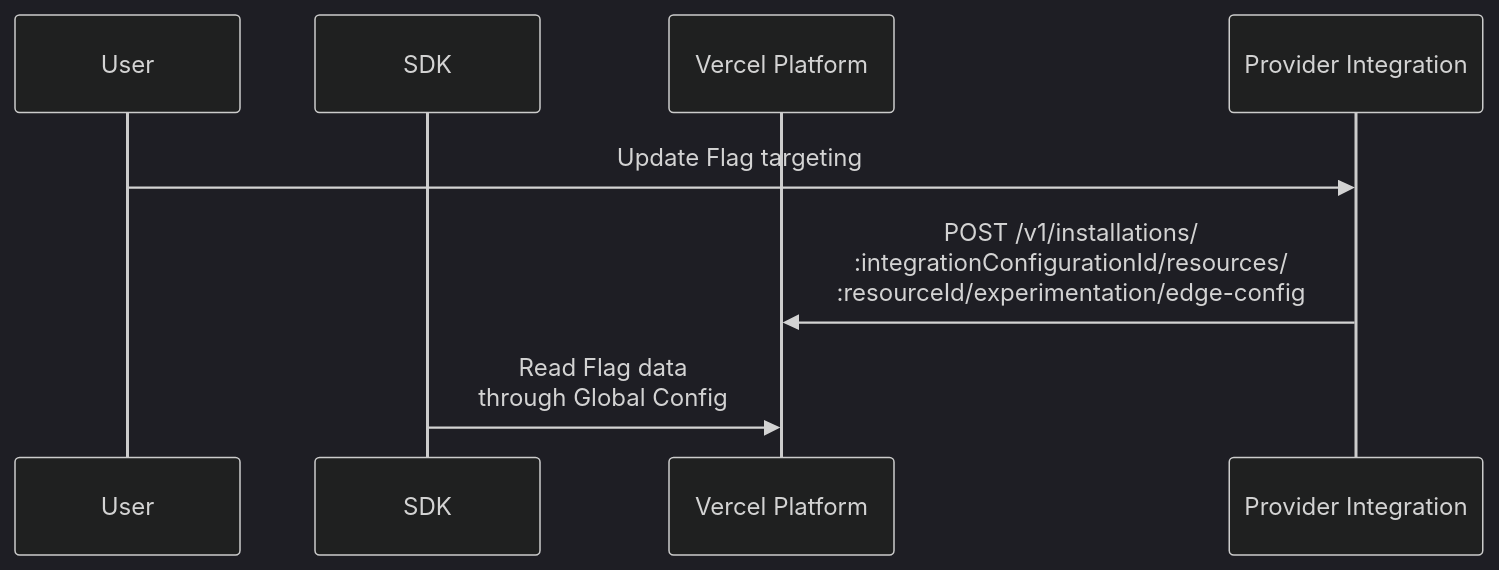
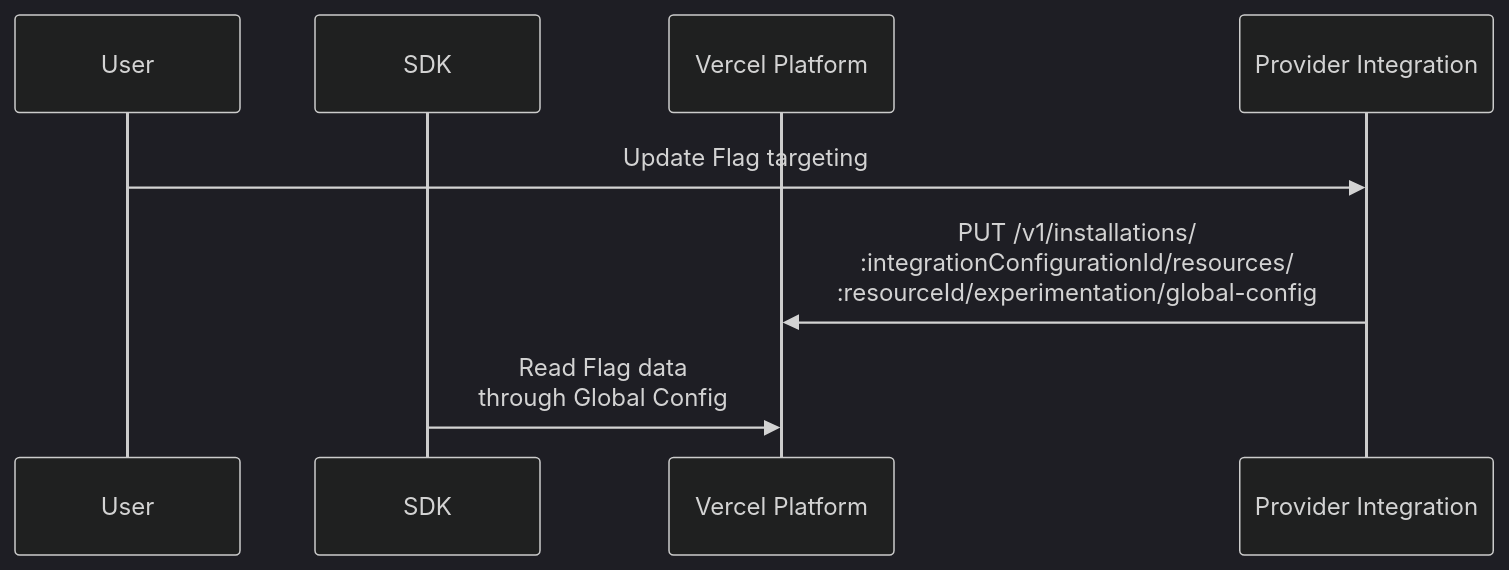
Diagram 11 of 14 in skills/working-with-vercel/references/docs__integrations__create-integration__marketplace-flows.md (joeblackwaslike/agent-skills), drawn with Mermaid (dark theme) before and after one commit. The commit also changed other lines of this file and 1294 other files, not shown here.

````diff
--- a/skills/working-with-vercel/references/docs__integrations__create-integration__marketplace-flows.md
+++ b/skills/working-with-vercel/references/docs__integrations__create-integration__marketplace-flows.md
@@ -347,10 +347,10 @@
 ```mermaid
 sequenceDiagram
     participant User
     participant SDK
     participant Vercel Platform
     participant Provider Integration
     User->>Provider Integration: Update Flag targeting
-    Provider Integration->>Vercel Platform: POST /v1/installations/<br>:integrationConfigurationId/resources/<br>:resourceId/experimentation/edge-config
+    Provider Integration->>Vercel Platform: PUT /v1/installations/<br>:integrationConfigurationId/resources/<br>:resourceId/experimentation/global-config
     SDK->>Vercel Platform: Read Flag data <br>through Global Config
 ```
````
